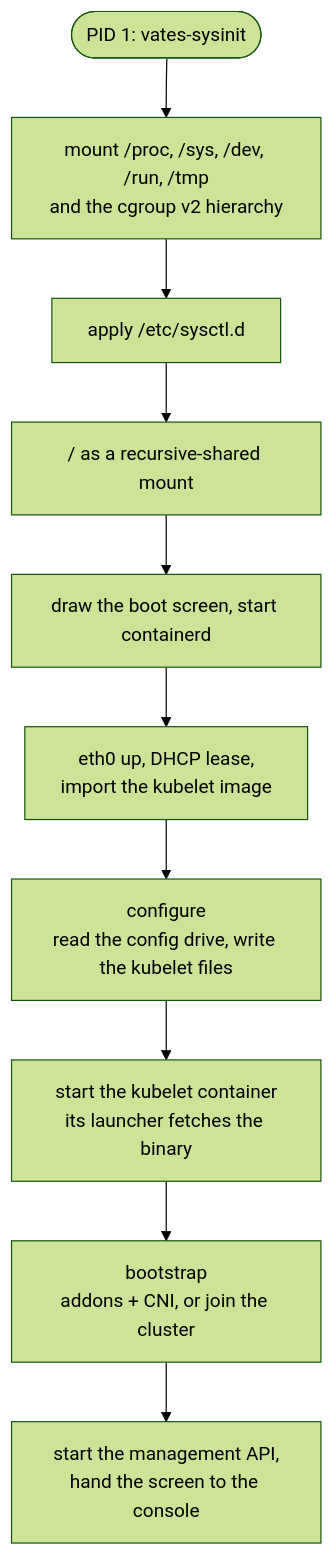
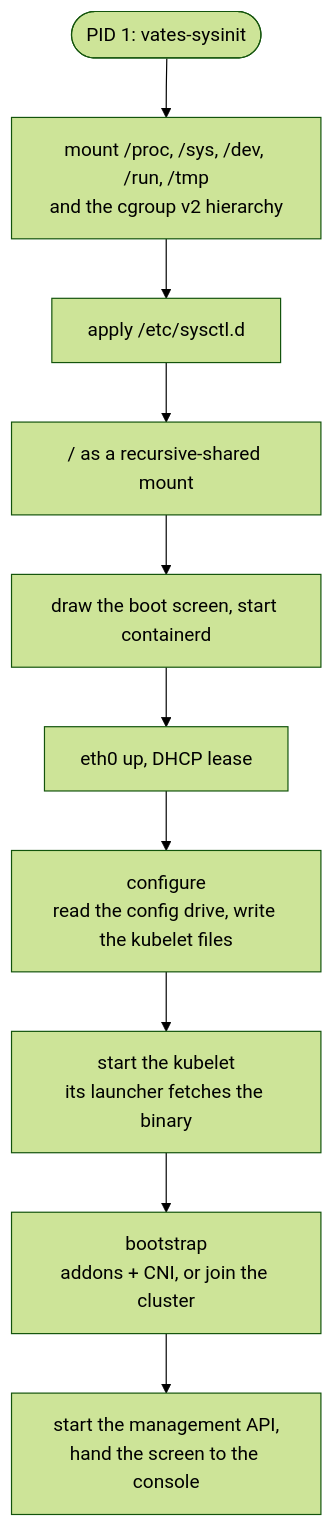
One commit to littlejo/vates-kube-os changed the third of 3 diagrams in docs/ARCHITECTURE.md. Above: the diagram before and after it, drawn with Mermaid (forest theme). The commit also changed other lines of this file and 22 other files, not shown here.

````diff
--- a/docs/ARCHITECTURE.md
+++ b/docs/ARCHITECTURE.md
@@ -80,12 +81,12 @@
 ```mermaid
 flowchart TD
     start(["PID 1: vates-sysinit"]) --> mounts["mount /proc, /sys, /dev, /run, /tmp<br/>and the cgroup v2 hierarchy"]
     mounts --> sysctl["apply /etc/sysctl.d"]
     sysctl --> shared["/ as a recursive-shared mount"]
     shared --> splash["draw the boot screen, start containerd"]
-    splash --> net["eth0 up, DHCP lease,<br/>import the kubelet image"]
+    splash --> net["eth0 up, DHCP lease"]
     net --> configure["configure<br/>read the config drive, write the kubelet files"]
-    configure --> kubelet["start the kubelet container<br/>its launcher fetches the binary"]
+    configure --> kubelet["start the kubelet<br/>its launcher fetches the binary"]
     kubelet --> bootstrap["bootstrap<br/>addons + CNI, or join the cluster"]
     bootstrap --> api["start the management API,<br/>hand the screen to the console"]
 ```
````
